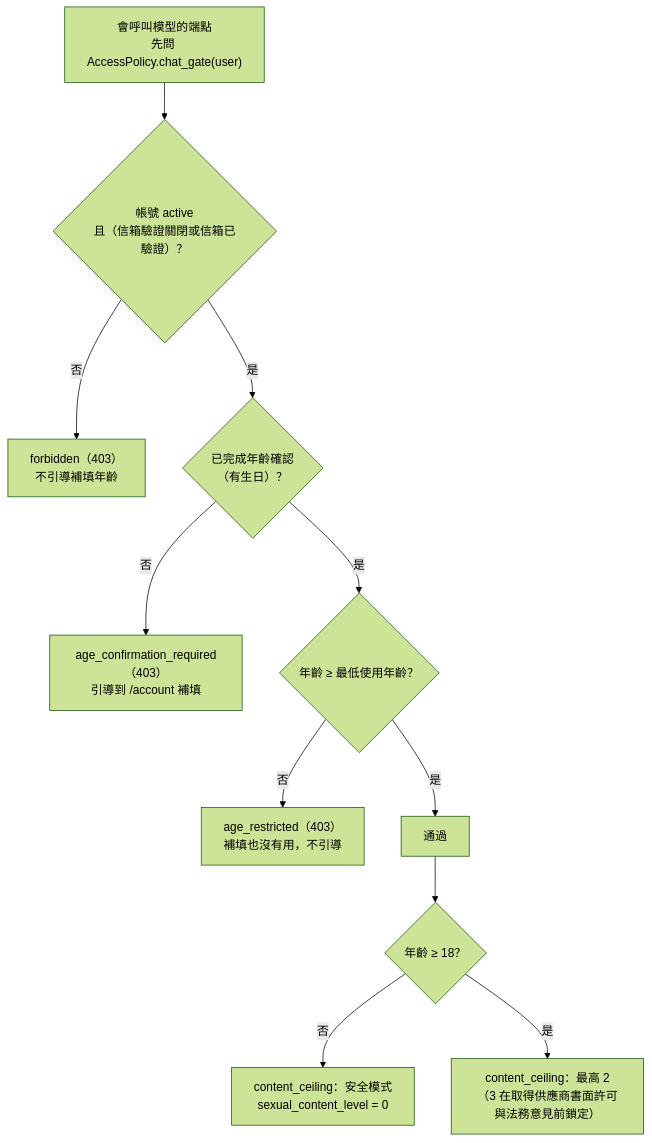
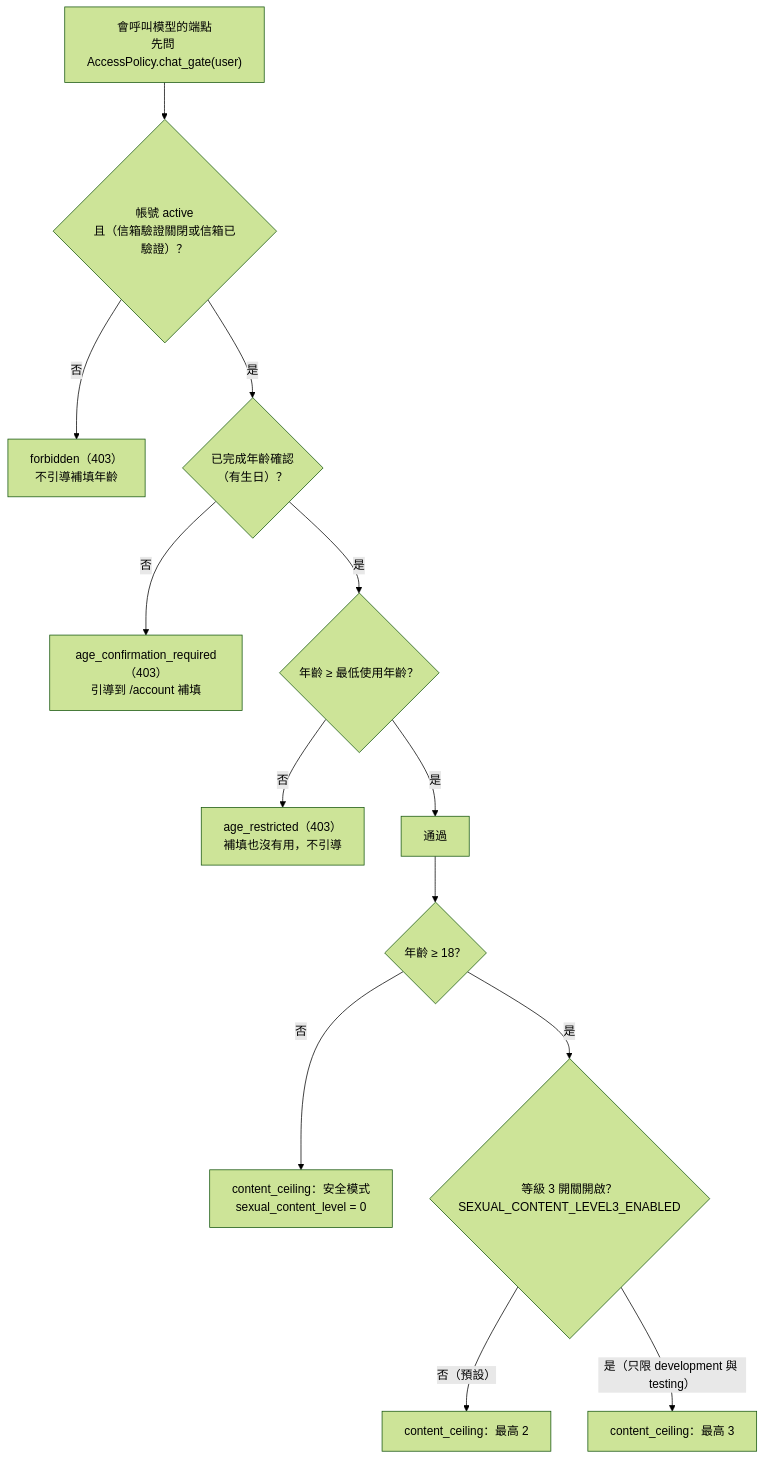
One commit to pp466pp466/R.A.C changed the fifth of 6 diagrams in docs/帳號與安全-auth-security.md. Above: the diagram before and after it, drawn with Mermaid (forest theme). The commit also changed other lines of this file and 25 other files, not shown here.

````diff
--- a/docs/帳號與安全-auth-security.md
+++ b/docs/帳號與安全-auth-security.md
@@ -113,13 +113,15 @@
 ```mermaid
 flowchart TD
     Start["會呼叫模型的端點<br/>先問 AccessPolicy.chat_gate(user)"] --> Usable{"帳號 active<br/>且（信箱驗證關閉或信箱已驗證）？"}
     Usable -->|"否"| Forbidden["forbidden（403）<br/>不引導補填年齡"]
     Usable -->|"是"| HasAge{"已完成年齡確認<br/>（有生日）？"}
     HasAge -->|"否"| NeedAge["age_confirmation_required（403）<br/>引導到 /account 補填"]
     HasAge -->|"是"| Old{"年齡 ≥ 最低使用年齡？"}
     Old -->|"否"| Restricted["age_restricted（403）<br/>補填也沒有用，不引導"]
     Old -->|"是"| Pass["通過"]
     Pass --> Ceiling{"年齡 ≥ 18？"}
     Ceiling -->|"否"| Safe["content_ceiling：安全模式<br/>sexual_content_level = 0"]
-    Ceiling -->|"是"| Adult["content_ceiling：最高 2<br/>（3 在取得供應商書面許可與法務意見前鎖定）"]
+    Ceiling -->|"是"| Switch{"等級 3 開關開啟？<br/>SEXUAL_CONTENT_LEVEL3_ENABLED"}
+    Switch -->|"否（預設）"| Adult2["content_ceiling：最高 2"]
+    Switch -->|"是（只限 development 與 testing）"| Adult3["content_ceiling：最高 3"]
 ```
````
